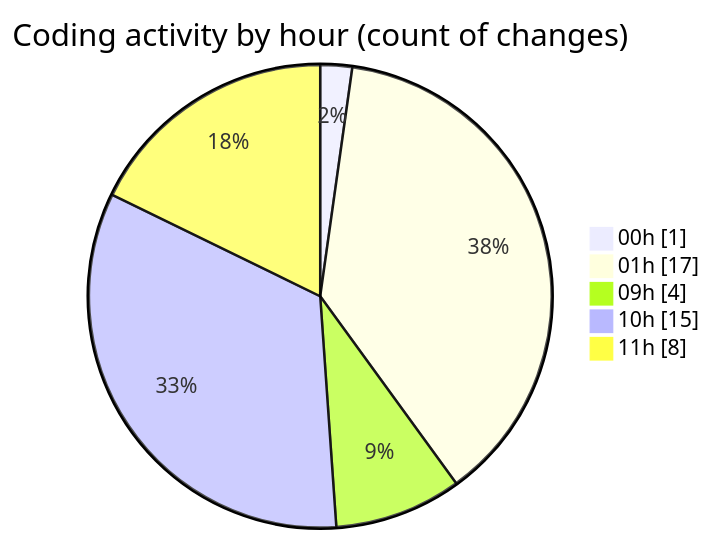
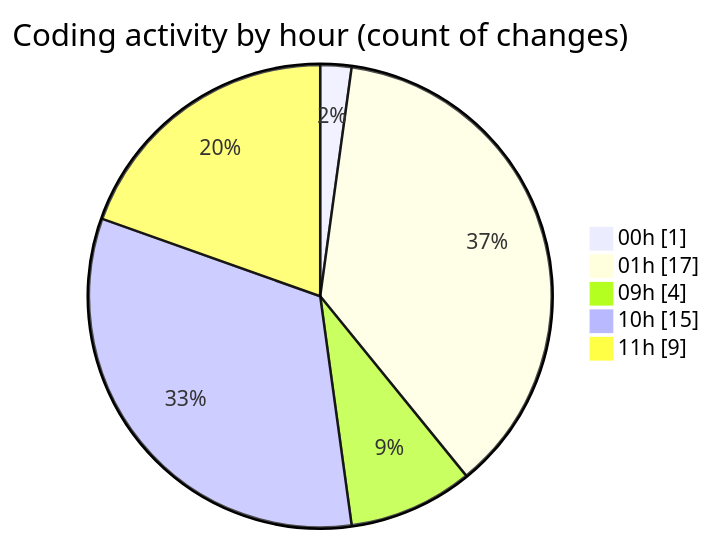
The second of 2 diagrams in 2025-11-01/cdp_aleoudev_fr__workspace_/README.md (julien-gomy/code-tracking), drawn with Mermaid before and after one commit. The commit also changed other lines of this file and 1 other file, not shown here.

````diff
--- a/2025-11-01/cdp_aleoudev_fr__workspace_/README.md
+++ b/2025-11-01/cdp_aleoudev_fr__workspace_/README.md
@@ -33,9 +34,9 @@
 ```mermaid
 pie showData
 title Coding activity by hour (count of changes)
 "00h" : 1
 "01h" : 17
 "09h" : 4
 "10h" : 15
-"11h" : 8
+"11h" : 9
 ```
````
